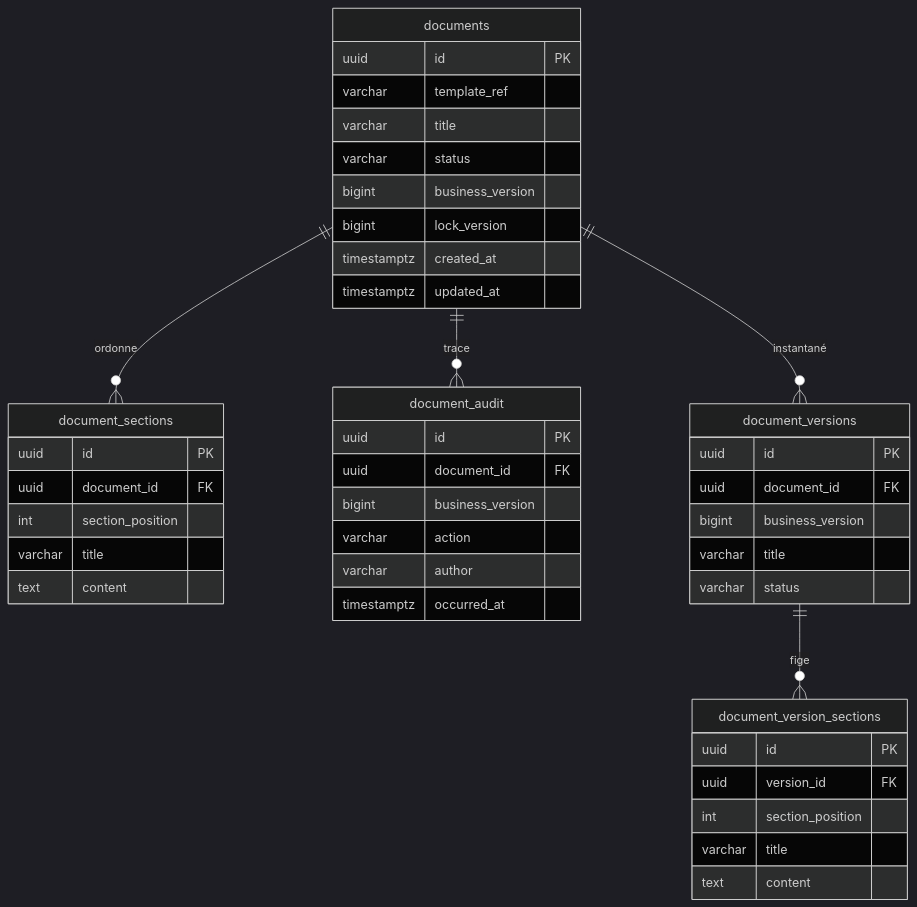
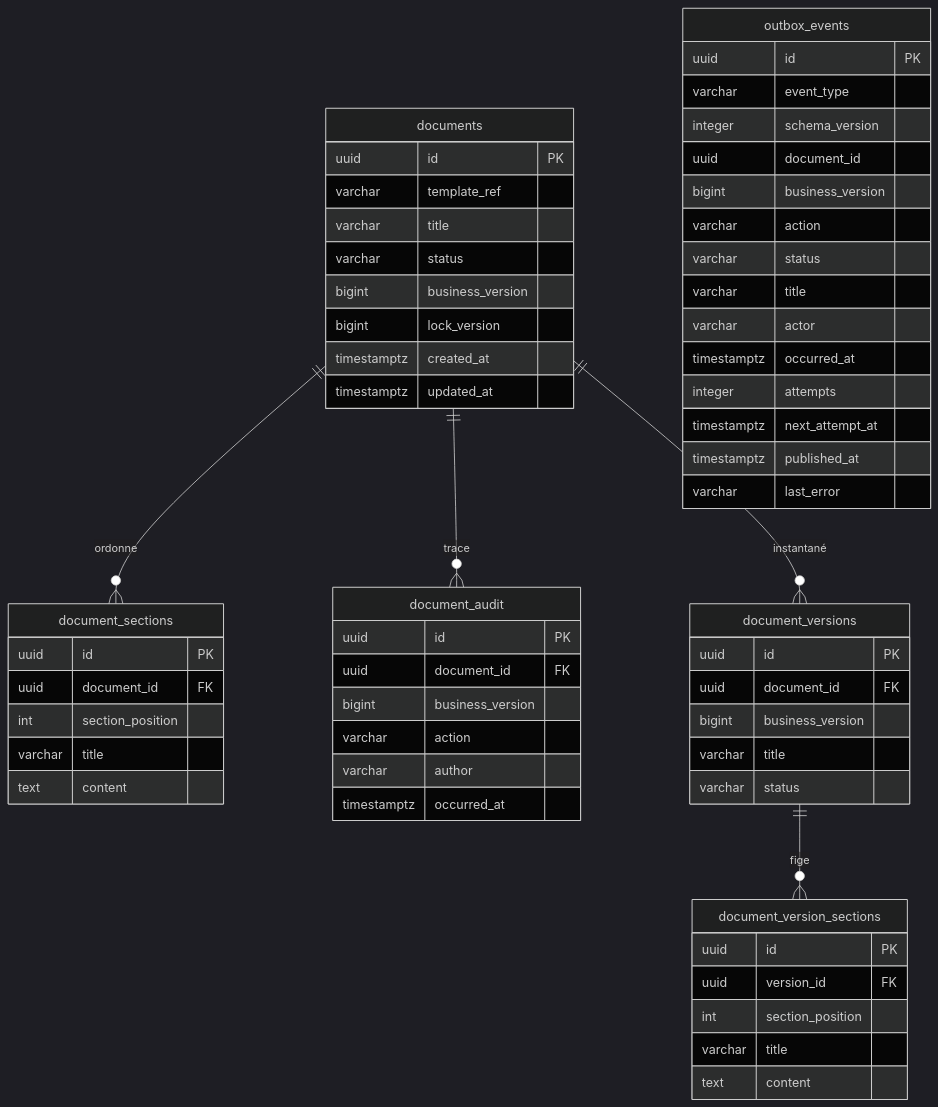
The first of 3 diagrams in design/data-model.md (hfWalid/ACD-kata), drawn with Mermaid (dark theme) before and after one commit. The commit also changed other lines of this file and 74 other files, not shown here.

````diff
--- a/design/data-model.md
+++ b/design/data-model.md
@@ -5,51 +5,68 @@
 ```mermaid
 erDiagram
   documents ||--o{ document_sections : "ordonne"
   documents ||--o{ document_audit : "trace"
   documents ||--o{ document_versions : "instantané"
   document_versions ||--o{ document_version_sections : "fige"
 
   documents {
     uuid id PK
     varchar template_ref
     varchar title
     varchar status
     bigint business_version
     bigint lock_version
     timestamptz created_at
     timestamptz updated_at
   }
 
   document_sections {
     uuid id PK
     uuid document_id FK
     int section_position
     varchar title
     text content
   }
 
   document_audit {
     uuid id PK
     uuid document_id FK
     bigint business_version
     varchar action
     varchar author
     timestamptz occurred_at
   }
 
   document_versions {
     uuid id PK
     uuid document_id FK
     bigint business_version
     varchar title
     varchar status
   }
 
   document_version_sections {
     uuid id PK
     uuid version_id FK
     int section_position
     varchar title
     text content
   }
+
+  outbox_events {
+    uuid id PK
+    varchar event_type
+    integer schema_version
+    uuid document_id
+    bigint business_version
+    varchar action
+    varchar status
+    varchar title
+    varchar actor
+    timestamptz occurred_at
+    integer attempts
+    timestamptz next_attempt_at
+    timestamptz published_at
+    varchar last_error
+  }
 ```
````
